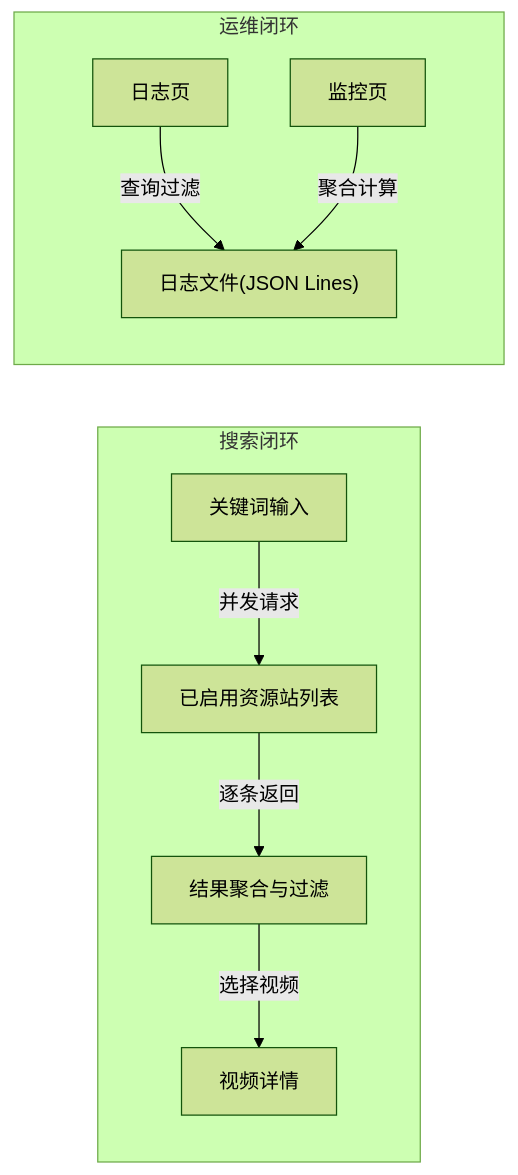
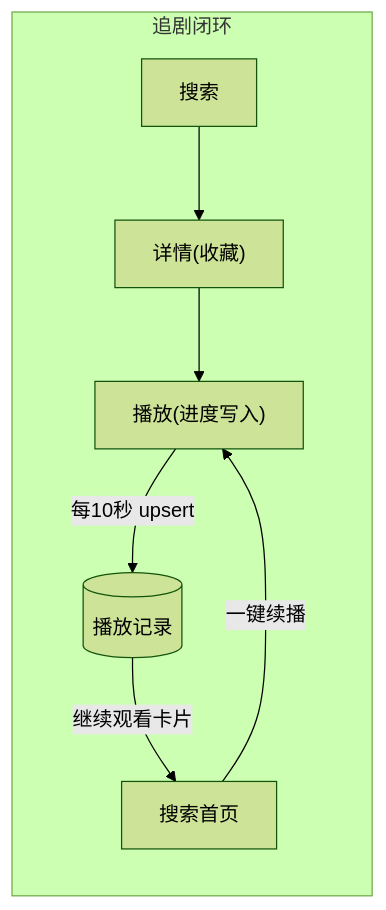
The second of 4 diagrams in doc/模块说明文档.md (ddll8023/LocalVideoSearch), drawn with Mermaid (forest theme) before and after one commit. The commit also changed other lines of this file and 64 other files, not shown here.

````diff
--- a/doc/模块说明文档.md
+++ b/doc/模块说明文档.md
@@ -255,13 +264,9 @@
 ```mermaid
 flowchart LR
-    subgraph 搜索闭环
-        Search["关键词输入"] -->|并发请求| Sites["已启用资源站列表"]
-        Sites -->|逐条返回| Aggregate["结果聚合与过滤"]
-        Aggregate -->|选择视频| Detail["视频详情"]
-    end
-
-    subgraph 运维闭环
-        FE_Log["日志页"] -->|查询过滤| LogFile["日志文件(JSON Lines)"]
-        FE_Monitor["监控页"] -->|聚合计算| LogFile
+    subgraph 追剧闭环
+        Search["搜索"] --> Detail["详情(收藏)"] --> Play["播放(进度写入)"]
+        Play -->|每10秒 upsert| Record[("播放记录")]
+        Record -->|继续观看卡片| Home["搜索首页"]
+        Home -->|一键续播| Play
     end
 ```
````
